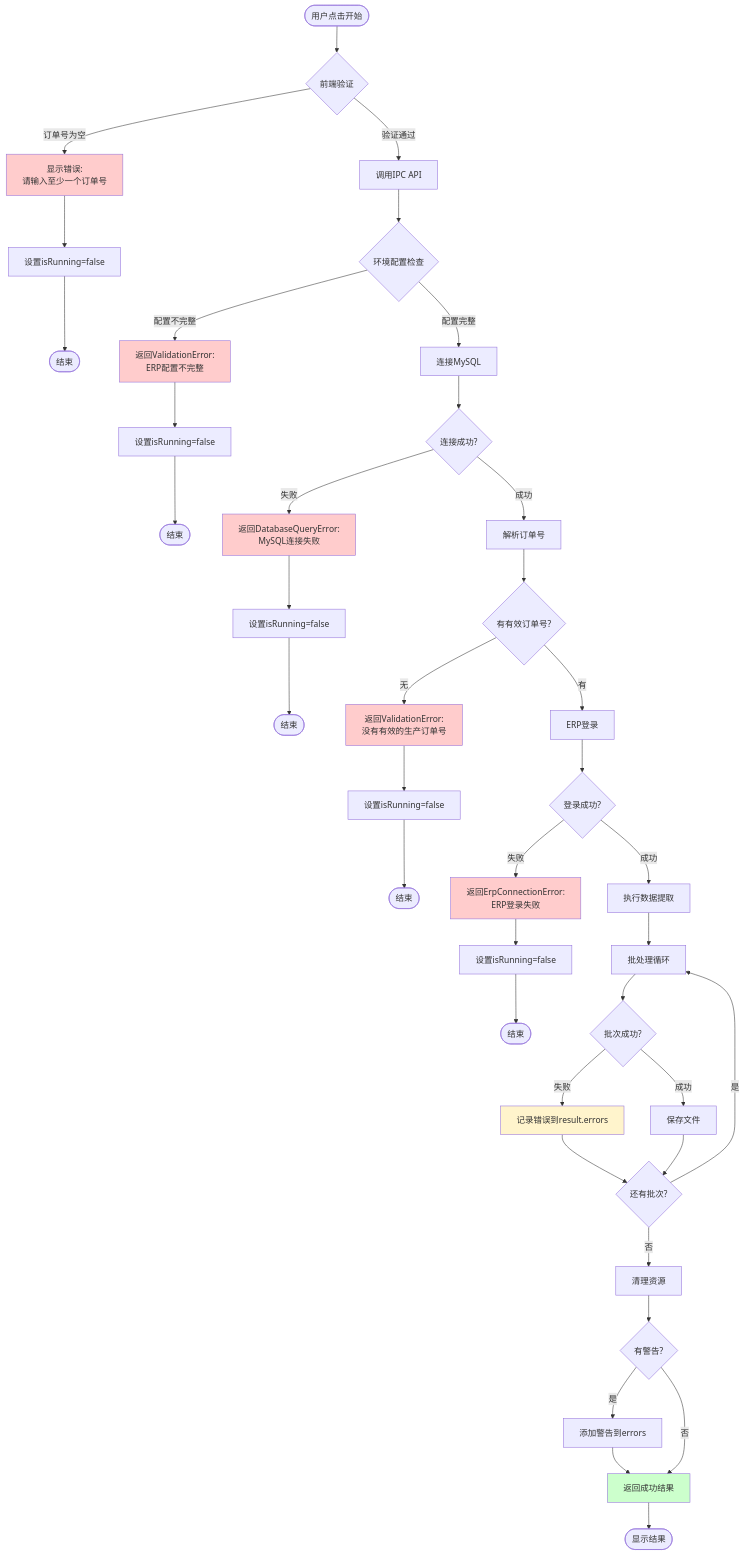
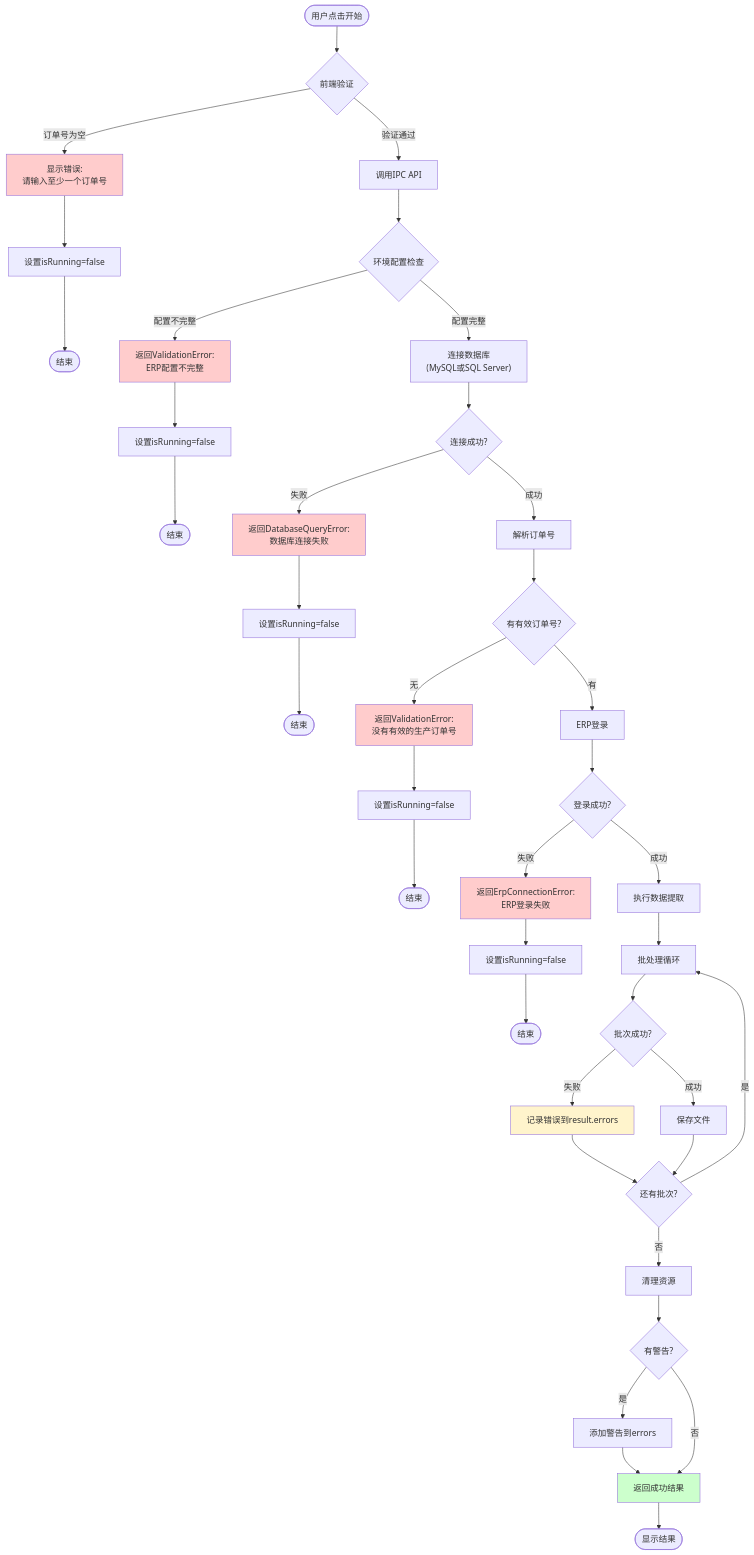
Before and after one commit to Misaka-Dev-Hub/ERPAuto: the fourth of 5 diagrams in docs/extractor-start-button-flow.md, drawn with Mermaid. The commit also changed other lines of this file, not shown here.

First line of the commit message:
docs: update extractor-start-button-flow.md for database architecture changes

````diff
--- a/docs/extractor-start-button-flow.md
+++ b/docs/extractor-start-button-flow.md
@@ -288,58 +317,64 @@
 ```mermaid
 flowchart TD
     Start([用户点击开始]) --> Validate{前端验证}
-    Validate -->|订单号为空| ShowEmptyError[显示错误:<br/>请输入至少一个订单号]
+    Validate -->|订单号为空| ShowEmptyError["显示错误:
+    请输入至少一个订单号"]
     Validate -->|验证通过| CallIPC[调用IPC API]
 
     CallIPC --> ConfigCheck{环境配置检查}
-    ConfigCheck -->|配置不完整| ConfigError[返回ValidationError:<br/>ERP配置不完整]
-    ConfigCheck -->|配置完整| ConnectMySQL[连接MySQL]
+    ConfigCheck -->|配置不完整| ConfigError["返回ValidationError:
+    ERP配置不完整"]
+    ConfigCheck -->|配置完整| ConnectDB["连接数据库
+    (MySQL或SQL Server)"]
 
-    ConnectMySQL --> MySQLCheck{连接成功?}
-    MySQLCheck -->|失败| MySQLError[返回DatabaseQueryError:<br/>MySQL连接失败]
-    MySQLCheck -->|成功| ResolveOrders[解析订单号]
+    ConnectDB --> DBCheck{连接成功?}
+    DBCheck -->|失败| DBError["返回DatabaseQueryError:
+    数据库连接失败"]
+    DBCheck -->|成功| ResolveOrders[解析订单号]
 
     ResolveOrders --> ValidOrders{有有效订单号?}
-    ValidOrders -->|无| NoOrdersError[返回ValidationError:<br/>没有有效的生产订单号]
+    ValidOrders -->|无| NoOrdersError["返回ValidationError:
+    没有有效的生产订单号"]
     ValidOrders -->|有| LoginERP[ERP登录]
 
     LoginERP --> LoginCheck{登录成功?}
-    LoginCheck -->|失败| LoginError[返回ErpConnectionError:<br/>ERP登录失败]
+    LoginCheck -->|失败| LoginError["返回ErpConnectionError:
+    ERP登录失败"]
     LoginCheck -->|成功| ExtractData[执行数据提取]
 
     ExtractData --> BatchLoop[批处理循环]
     BatchLoop --> BatchError{批次成功?}
     BatchError -->|失败| RecordError[记录错误到result.errors]
     BatchError -->|成功| SaveFile[保存文件]
     RecordError --> NextBatch{还有批次?}
     SaveFile --> NextBatch
 
     NextBatch -->|是| BatchLoop
     NextBatch -->|否| Cleanup[清理资源]
 
     Cleanup --> CheckWarnings{有警告?}
     CheckWarnings -->|是| AddWarnings[添加警告到errors]
     CheckWarnings -->|否| ReturnSuccess[返回成功结果]
     AddWarnings --> ReturnSuccess
 
     ShowEmptyError --> ResetState1[设置isRunning=false]
     ConfigError --> ResetState2[设置isRunning=false]
-    MySQLError --> ResetState3[设置isRunning=false]
+    DBError --> ResetState3[设置isRunning=false]
     NoOrdersError --> ResetState4[设置isRunning=false]
     LoginError --> ResetState5[设置isRunning=false]
 
     ResetState1 --> End1([结束])
     ResetState2 --> End2([结束])
     ResetState3 --> End3([结束])
     ResetState4 --> End4([结束])
     ResetState5 --> End5([结束])
     ReturnSuccess --> End6([显示结果])
 
     style ShowEmptyError fill:#ffcccc
     style ConfigError fill:#ffcccc
-    style MySQLError fill:#ffcccc
+    style DBError fill:#ffcccc
     style NoOrdersError fill:#ffcccc
     style LoginError fill:#ffcccc
     style RecordError fill:#fff4cc
     style ReturnSuccess fill:#ccffcc
 ```
````
